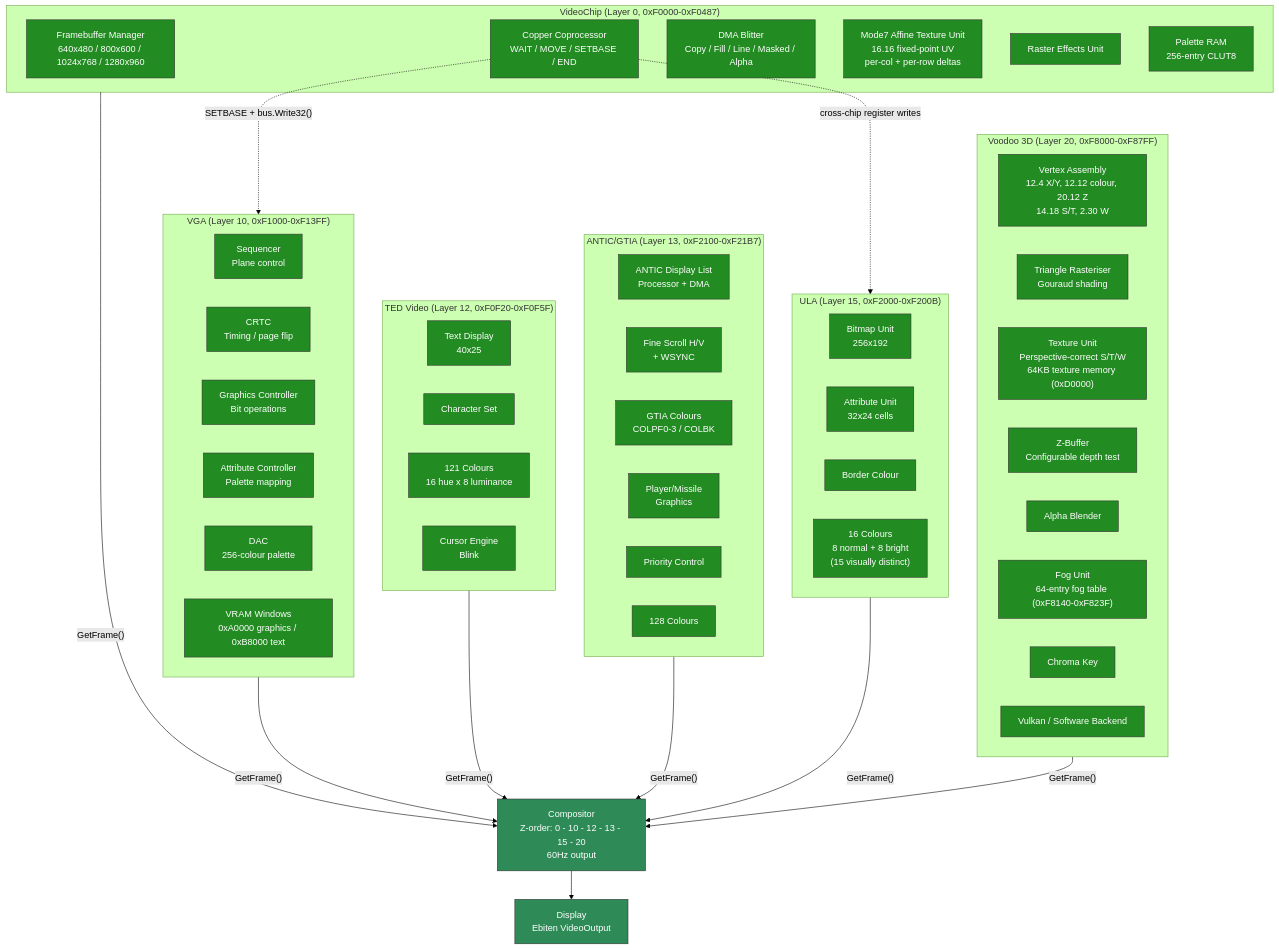
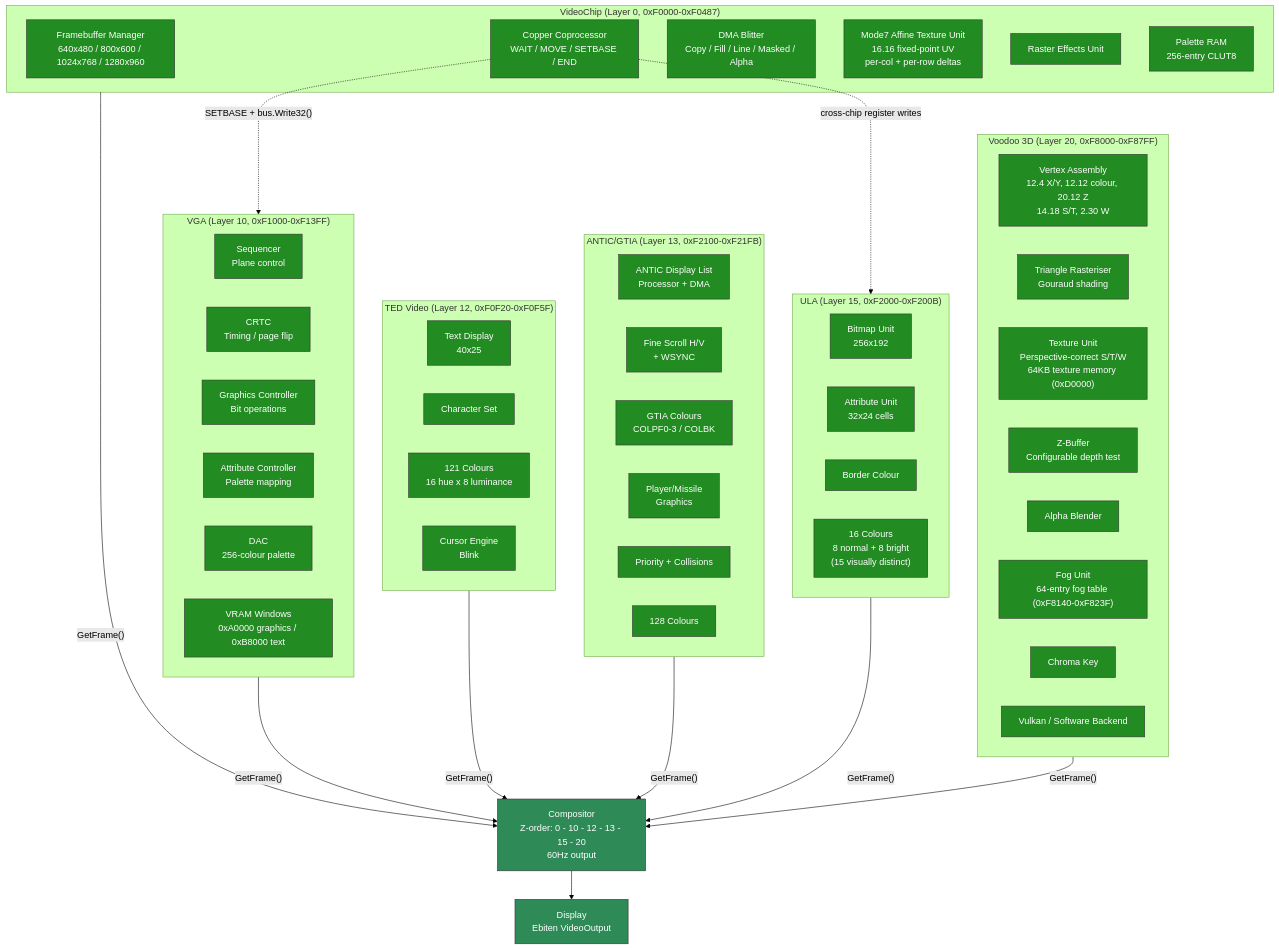
Before and after one commit to IntuitionAmiga/IntuitionEngine: the third of 9 diagrams in sdk/docs/architecture.md, drawn with Mermaid (forest theme). The commit also changed other lines of this file and 41 other files, not shown here.

````diff
--- a/sdk/docs/architecture.md
+++ b/sdk/docs/architecture.md
@@ -328,78 +330,78 @@
 ```mermaid
 graph TB
     subgraph VCS["VideoChip (Layer 0, 0xF0000-0xF0487)"]
         VC_FB["Framebuffer Manager<br/>640x480 / 800x600 / 1024x768 / 1280x960"]
         VC_COP["Copper Coprocessor<br/>WAIT / MOVE / SETBASE / END"]
         VC_BLT["DMA Blitter<br/>Copy / Fill / Line / Masked / Alpha"]
         VC_M7["Mode7 Affine Texture Unit<br/>16.16 fixed-point UV<br/>per-col + per-row deltas"]
         VC_RST["Raster Effects Unit"]
         VC_PAL["Palette RAM<br/>256-entry CLUT8"]
     end
 
     subgraph VGAS["VGA (Layer 10, 0xF1000-0xF13FF)"]
         VGA_SEQ["Sequencer<br/>Plane control"]
         VGA_CRTC["CRTC<br/>Timing / page flip"]
         VGA_GC["Graphics Controller<br/>Bit operations"]
         VGA_AC["Attribute Controller<br/>Palette mapping"]
         VGA_DAC["DAC<br/>256-colour palette"]
         VGA_VRAM["VRAM Windows<br/>0xA0000 graphics / 0xB8000 text"]
     end
 
     subgraph TEDS["TED Video (Layer 12, 0xF0F20-0xF0F5F)"]
         TED_TXT["Text Display<br/>40x25"]
         TED_CHR["Character Set"]
         TED_COL["121 Colours<br/>16 hue x 8 luminance"]
         TED_CUR["Cursor Engine<br/>Blink"]
     end
 
-    subgraph ANTICS["ANTIC/GTIA (Layer 13, 0xF2100-0xF21B7)"]
+    subgraph ANTICS["ANTIC/GTIA (Layer 13, 0xF2100-0xF21FB)"]
         ANT_DLP["ANTIC Display List<br/>Processor + DMA"]
         ANT_SCR["Fine Scroll H/V<br/>+ WSYNC"]
         GTIA_C["GTIA Colours<br/>COLPF0-3 / COLBK"]
         GTIA_PM["Player/Missile<br/>Graphics"]
-        GTIA_PR["Priority Control"]
+        GTIA_PR["Priority + Collisions"]
         ANT_COL["128 Colours"]
     end
 
     subgraph ULAS["ULA (Layer 15, 0xF2000-0xF200B)"]
         ULA_BMP["Bitmap Unit<br/>256x192"]
         ULA_ATR["Attribute Unit<br/>32x24 cells"]
         ULA_BDR["Border Colour"]
         ULA_COL["16 Colours<br/>8 normal + 8 bright<br/>(15 visually distinct)"]
     end
 
     subgraph VOOS["Voodoo 3D (Layer 20, 0xF8000-0xF87FF)"]
         VOO_VTX["Vertex Assembly<br/>12.4 X/Y, 12.12 colour, 20.12 Z<br/>14.18 S/T, 2.30 W"]
         VOO_TRI["Triangle Rasteriser<br/>Gouraud shading"]
         VOO_TEX["Texture Unit<br/>Perspective-correct S/T/W<br/>64KB texture memory (0xD0000)"]
         VOO_ZB["Z-Buffer<br/>Configurable depth test"]
         VOO_AB["Alpha Blender"]
         VOO_FOG["Fog Unit<br/>64-entry fog table (0xF8140-0xF823F)"]
         VOO_CK["Chroma Key"]
         VOO_BE["Vulkan / Software Backend"]
     end
 
     COMPS["Compositor<br/>Z-order: 0 - 10 - 12 - 13 - 15 - 20<br/>60Hz output"]
     DISPLAY["Display<br/>Ebiten VideoOutput"]
 
     VCS -->|"GetFrame()"| COMPS
     VGAS -->|"GetFrame()"| COMPS
     TEDS -->|"GetFrame()"| COMPS
     ANTICS -->|"GetFrame()"| COMPS
     ULAS -->|"GetFrame()"| COMPS
     VOOS -->|"GetFrame()"| COMPS
     COMPS --> DISPLAY
 
     VC_COP -.->|"SETBASE + bus.Write32()"| VGAS
     VC_COP -.->|"cross-chip register writes"| ULAS
 
     classDef video fill:#228B22,stroke:#333,color:#fff
     classDef comp fill:#2E8B57,stroke:#333,color:#fff
     class VC_FB,VC_COP,VC_BLT,VC_M7,VC_RST,VC_PAL video
     class VGA_SEQ,VGA_CRTC,VGA_GC,VGA_AC,VGA_DAC,VGA_VRAM video
     class TED_TXT,TED_CHR,TED_COL,TED_CUR video
     class ANT_DLP,ANT_SCR,GTIA_C,GTIA_PM,GTIA_PR,ANT_COL video
     class ULA_BMP,ULA_ATR,ULA_BDR,ULA_COL video
     class VOO_VTX,VOO_TRI,VOO_TEX,VOO_ZB,VOO_AB,VOO_FOG,VOO_CK,VOO_BE video
     class COMPS,DISPLAY comp
 ```
````
